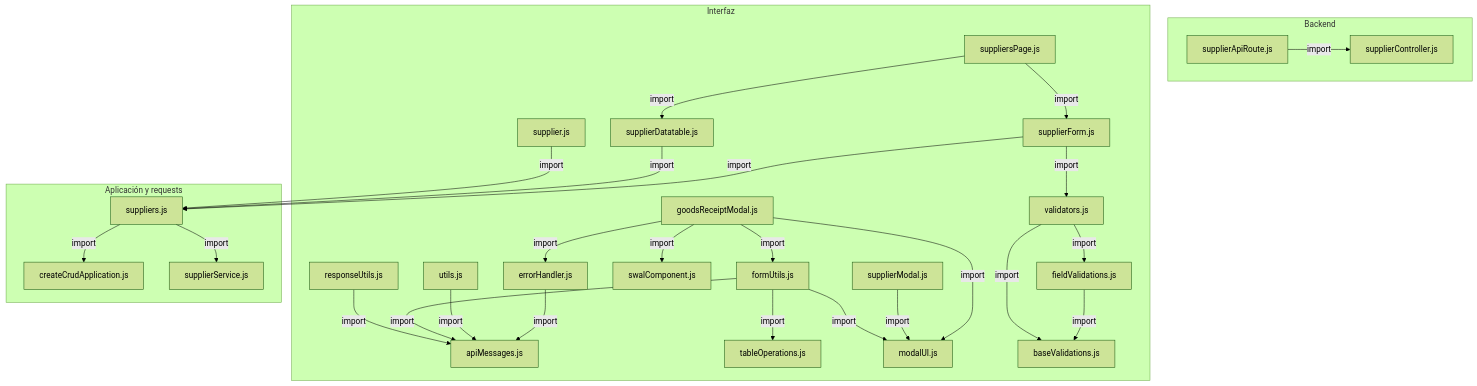
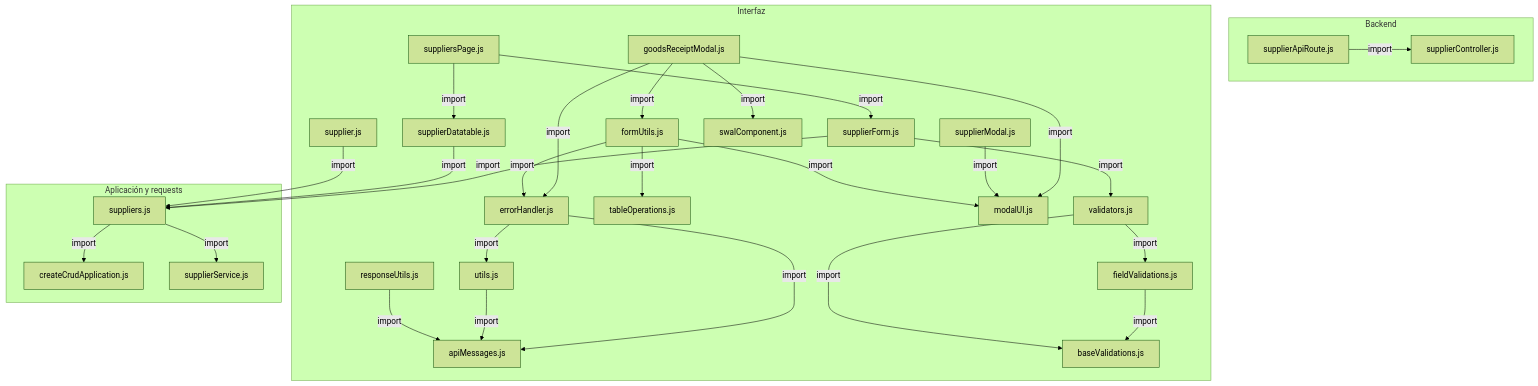
The first of 5 diagrams in docs/architecture/views/processes/frontend-code-sequences/catalogs/cu-cat-02.md (gpgsistemas01/nexus), drawn with Mermaid (forest theme) before and after one commit. The commit also changed 105 other files, not shown here.

````diff
--- a/docs/architecture/views/processes/frontend-code-sequences/catalogs/cu-cat-02.md
+++ b/docs/architecture/views/processes/frontend-code-sequences/catalogs/cu-cat-02.md
@@ -63,54 +63,55 @@
 ```mermaid
 flowchart TB
     subgraph Component0["Backend"]
         FileSupplierController["supplierController.js"]
         Transport["supplierApiRoute.js"]
     end
     subgraph Component1["Interfaz"]
         FileErrorHandler["errorHandler.js"]
         FileUtils["utils.js"]
         FileApiMessages["apiMessages.js"]
         FileGoodsReceiptModal["goodsReceiptModal.js"]
         View["supplierForm.js"]
         Modal["supplierModal.js"]
         FileSuppliersPage["suppliersPage.js"]
         FileTableOperations["tableOperations.js"]
         Origin["supplierDatatable.js"]
         Select["supplier.js"]
         FileSwalComponent["swalComponent.js"]
         FileModalUI["modalUI.js"]
         FormUtils["formUtils.js"]
         FileResponseUtils["responseUtils.js"]
         FileBaseValidations["baseValidations.js"]
         FileFieldValidations["fieldValidations.js"]
         FileValidators["validators.js"]
     end
     subgraph Component2["Aplicación y requests"]
         Application["createCrudApplication.js"]
         FileSuppliers["suppliers.js"]
         Request["supplierService.js"]
     end
     FileErrorHandler -->|import| FileApiMessages
+    FileErrorHandler -->|import| FileUtils
     FileUtils -->|import| FileApiMessages
     FileSuppliers -->|import| Request
     FileSuppliers -->|import| Application
     FileGoodsReceiptModal -->|import| FileErrorHandler
     FileGoodsReceiptModal -->|import| FormUtils
     FileGoodsReceiptModal -->|import| FileModalUI
     FileGoodsReceiptModal -->|import| FileSwalComponent
     View -->|import| FileSuppliers
     View -->|import| FileValidators
     Modal -->|import| FileModalUI
     FileSuppliersPage -->|import| Origin
     FileSuppliersPage -->|import| View
     Origin -->|import| FileSuppliers
     Select -->|import| FileSuppliers
-    FormUtils -->|import| FileApiMessages
+    FormUtils -->|import| FileErrorHandler
     FormUtils -->|import| FileTableOperations
     FormUtils -->|import| FileModalUI
     FileResponseUtils -->|import| FileApiMessages
     FileFieldValidations -->|import| FileBaseValidations
     FileValidators -->|import| FileBaseValidations
     FileValidators -->|import| FileFieldValidations
     Transport -->|import| FileSupplierController
 ```
````
